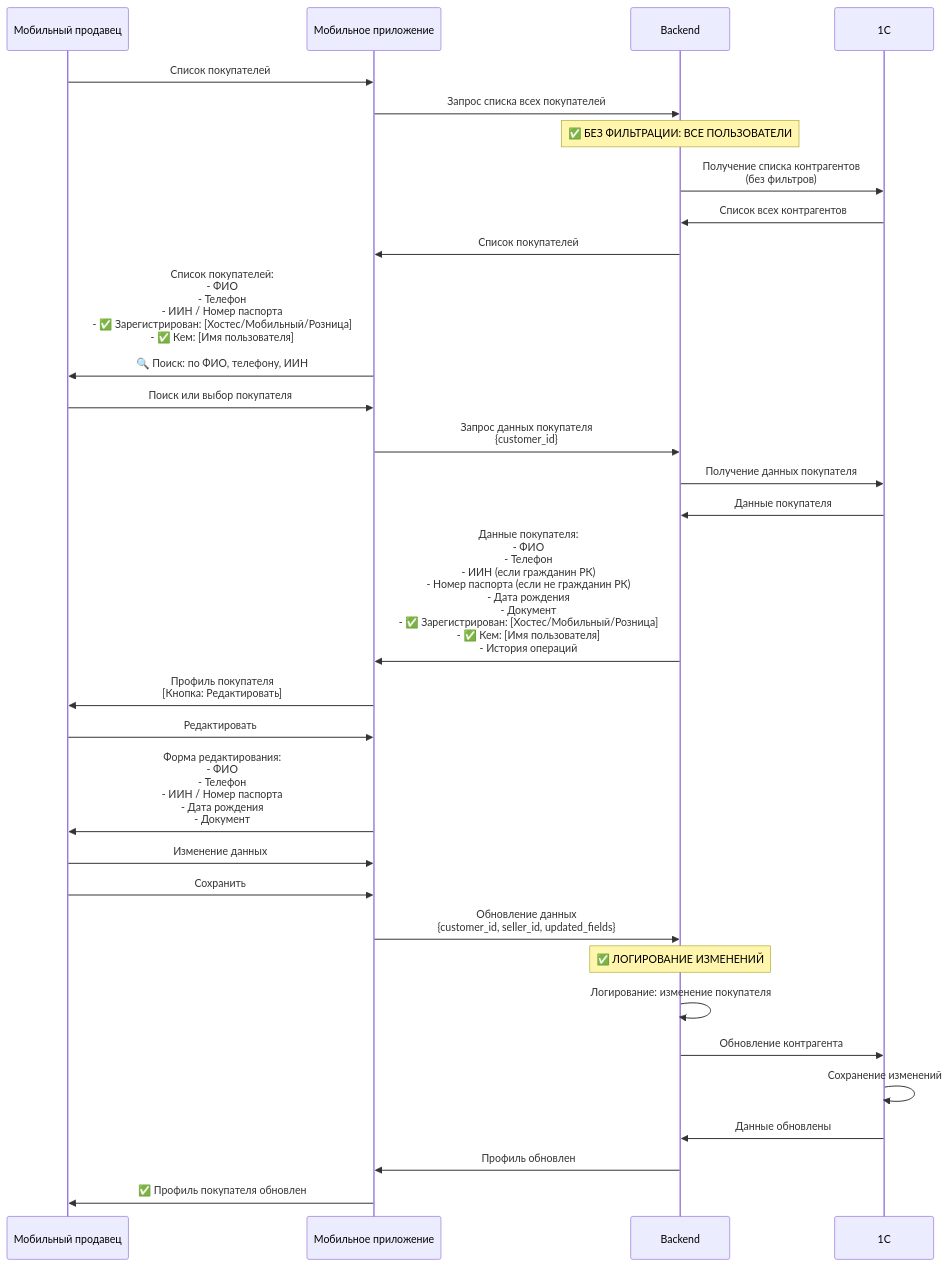
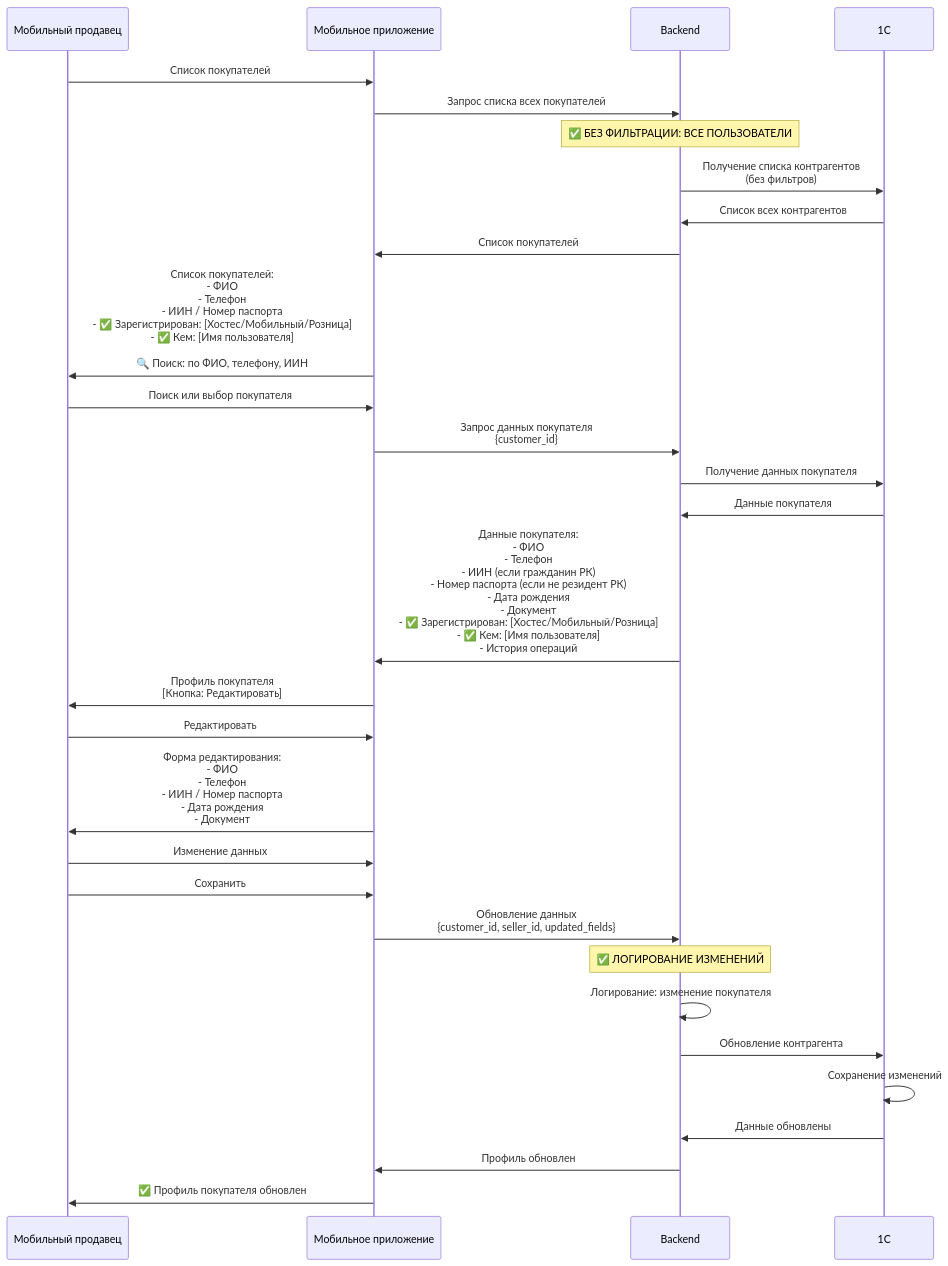
One commit to retsaftu/ktng-mobile-demo changed diagram 11 of 14 in tz.md. Above: the diagram before and after it, drawn with Mermaid. The commit also changed other lines of this file and 2 other files, not shown here.

Commit message:
«Не гражданин РК» → «Не резидент РК»

````diff
--- a/tz.md
+++ b/tz.md
@@ -1041,55 +1041,55 @@
 ```mermaid
 sequenceDiagram
     participant Seller as Мобильный продавец
     participant App as Мобильное приложение
     participant Backend as Backend
     participant OneC as 1С
 
     Seller->>App: Список покупателей
     
     App->>Backend: Запрос списка всех покупателей
     
     Note over Backend: ✅ БЕЗ ФИЛЬТРАЦИИ: ВСЕ ПОЛЬЗОВАТЕЛИ
     Backend->>OneC: Получение списка контрагентов<br/>(без фильтров)
     
     OneC->>Backend: Список всех контрагентов
     
     Backend->>App: Список покупателей
     
     App->>Seller: Список покупателей:<br/>- ФИО<br/>- Телефон<br/>- ИИН / Номер паспорта<br/>- ✅ Зарегистрирован: [Хостес/Мобильный/Розница]<br/>- ✅ Кем: [Имя пользователя]<br/><br/>🔍 Поиск: по ФИО, телефону, ИИН
     
     Seller->>App: Поиск или выбор покупателя
     
     App->>Backend: Запрос данных покупателя<br/>{customer_id}
     
     Backend->>OneC: Получение данных покупателя
     
     OneC->>Backend: Данные покупателя
     
-    Backend->>App: Данные покупателя:<br/>- ФИО<br/>- Телефон<br/>- ИИН (если гражданин РК)<br/>- Номер паспорта (если не гражданин РК)<br/>- Дата рождения<br/>- Документ<br/>- ✅ Зарегистрирован: [Хостес/Мобильный/Розница]<br/>- ✅ Кем: [Имя пользователя]<br/>- История операций
+    Backend->>App: Данные покупателя:<br/>- ФИО<br/>- Телефон<br/>- ИИН (если гражданин РК)<br/>- Номер паспорта (если не резидент РК)<br/>- Дата рождения<br/>- Документ<br/>- ✅ Зарегистрирован: [Хостес/Мобильный/Розница]<br/>- ✅ Кем: [Имя пользователя]<br/>- История операций
     
     App->>Seller: Профиль покупателя<br/>[Кнопка: Редактировать]
     
     Seller->>App: Редактировать
     
     App->>Seller: Форма редактирования:<br/>- ФИО<br/>- Телефон<br/>- ИИН / Номер паспорта<br/>- Дата рождения<br/>- Документ
     
     Seller->>App: Изменение данных
     
     Seller->>App: Сохранить
     
     App->>Backend: Обновление данных<br/>{customer_id, seller_id, updated_fields}
     
     Note over Backend: ✅ ЛОГИРОВАНИЕ ИЗМЕНЕНИЙ
     Backend->>Backend: Логирование: изменение покупателя
     
     Backend->>OneC: Обновление контрагента
     
     OneC->>OneC: Сохранение изменений
     
     OneC->>Backend: Данные обновлены
     
     Backend->>App: Профиль обновлен
     
     App->>Seller: ✅ Профиль покупателя обновлен
 ```
````
